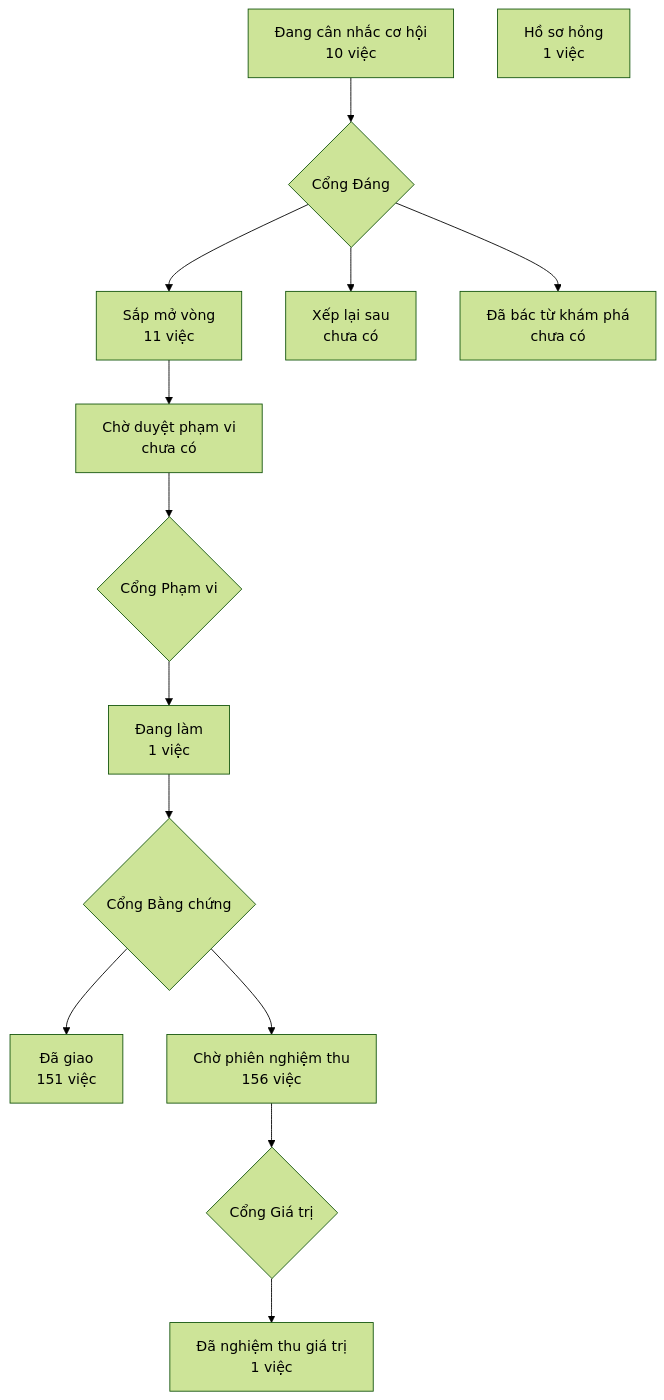
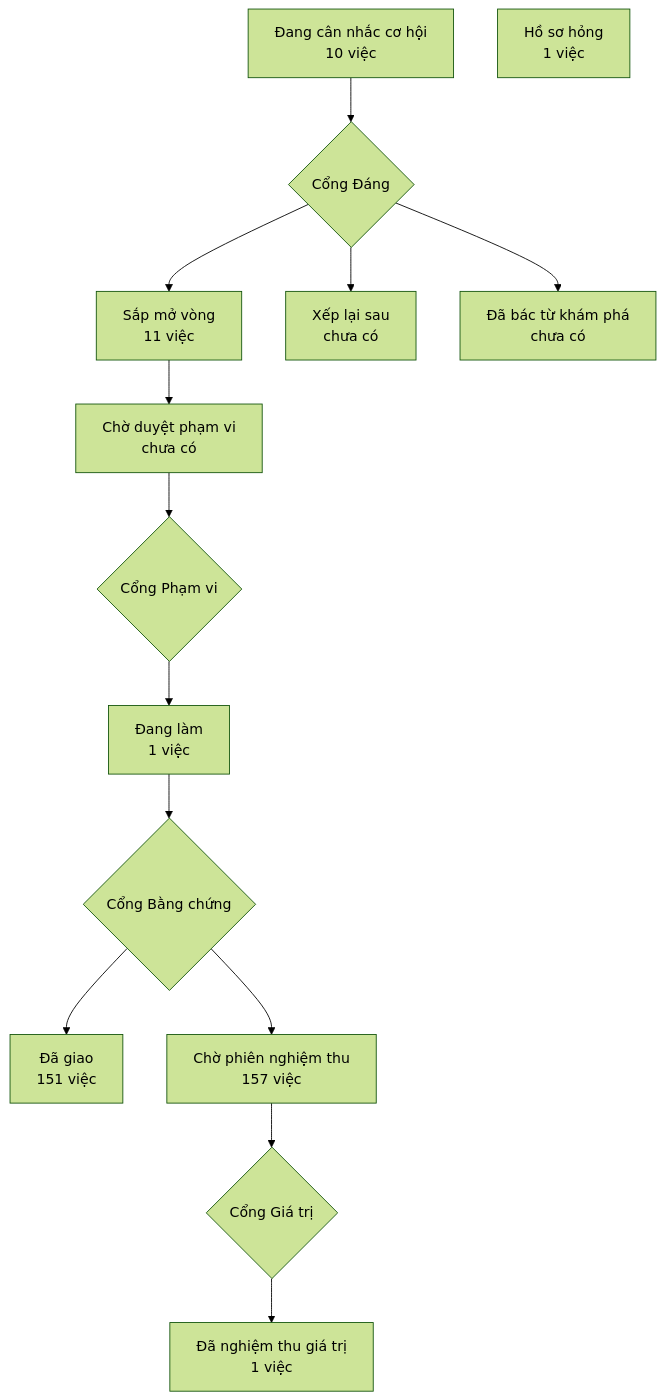
Before and after one commit to phanlemanh/crm-onehub: the diagram in PRODUCT-MAP.md, drawn with Mermaid (forest theme). The commit also changed 1 other file, not shown here.

Commit message:
chore(vo-khu-muc-tieu): vẽ lại bản đồ sau gộp onehub e6c0296a4

````diff
--- a/PRODUCT-MAP.md
+++ b/PRODUCT-MAP.md
@@ -7,13 +7,13 @@
 ```mermaid
 flowchart TD
   A["Đang cân nhắc cơ hội<br/>10 việc"] --> GD{"Cổng Đáng"}
   GD --> B["Sắp mở vòng<br/>11 việc"]
   GD --> XL["Xếp lại sau<br/>chưa có"]
   GD --> DB["Đã bác từ khám phá<br/>chưa có"]
   B --> CD["Chờ duyệt phạm vi<br/>chưa có"] --> GP{"Cổng Phạm vi"}
   GP --> DL["Đang làm<br/>1 việc"] --> GB{"Cổng Bằng chứng"}
   GB --> DG["Đã giao<br/>151 việc"]
-  GB --> CN["Chờ phiên nghiệm thu<br/>156 việc"] --> GG{"Cổng Giá trị"}
+  GB --> CN["Chờ phiên nghiệm thu<br/>157 việc"] --> GG{"Cổng Giá trị"}
   GG --> NT["Đã nghiệm thu giá trị<br/>1 việc"]
   HS["Hồ sơ hỏng<br/>1 việc"]
 ```
````
